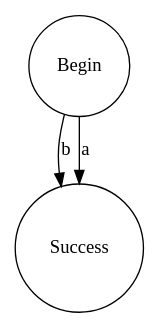
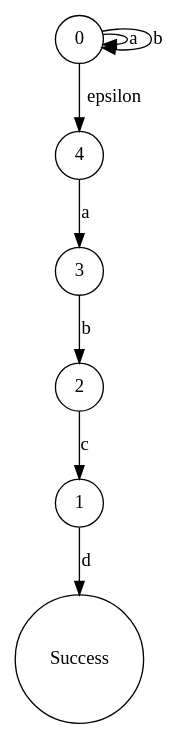
One commit to ayanamists/MyRegEngine changed the diagram in MyRegEngine/bin/Debug/netcoreapp3.1/TestCase3.dot. Above: the diagram before and after it, drawn with Graphviz. The commit also changed 55 other files, not shown here.

```diff
--- a/MyRegEngine/bin/Debug/netcoreapp3.1/TestCase3.dot
+++ b/MyRegEngine/bin/Debug/netcoreapp3.1/TestCase3.dot
@@ -1,1 +1,1 @@
-digraph TestCase3 { 1 [shape=circle,label="Begin"]; 2 [shape=circle,label="Success"]; 1 -> 2[label="b"]; 1 -> 2[label="a"]; }
+digraph TestCase3 { 0 [shape=circle,label="0"]; 1 [shape=circle,label="1"]; 2 [shape=circle,label="2"]; 3 [shape=circle,label="3"]; 4 [shape=circle,label="4"]; 5 [shape=circle,label="Success"]; 0 -> 0[label="a"]; 0 -> 0[label="b"]; 0 -> 4[label="epsilon"]; 1 -> 5[label="d"]; 2 -> 1[label="c"]; 3 -> 2[label="b"]; 4 -> 3[label="a"]; }
```
